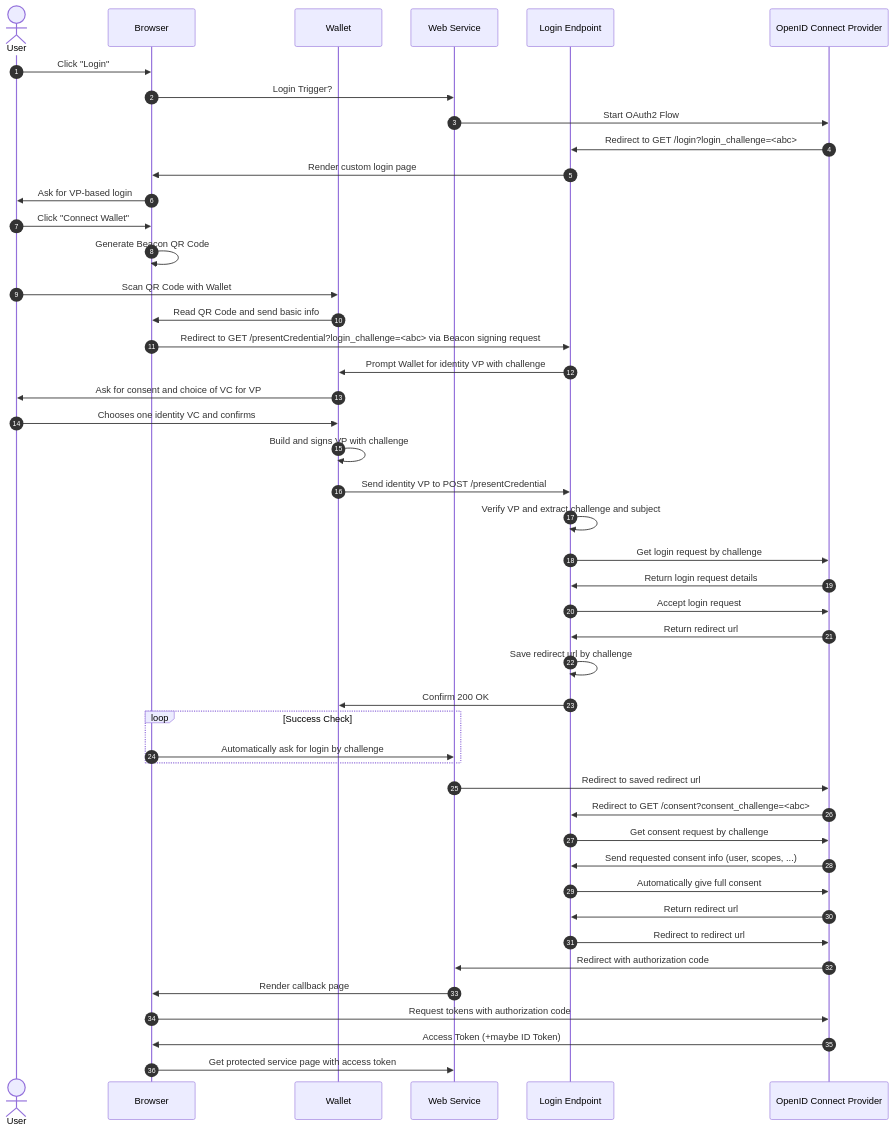
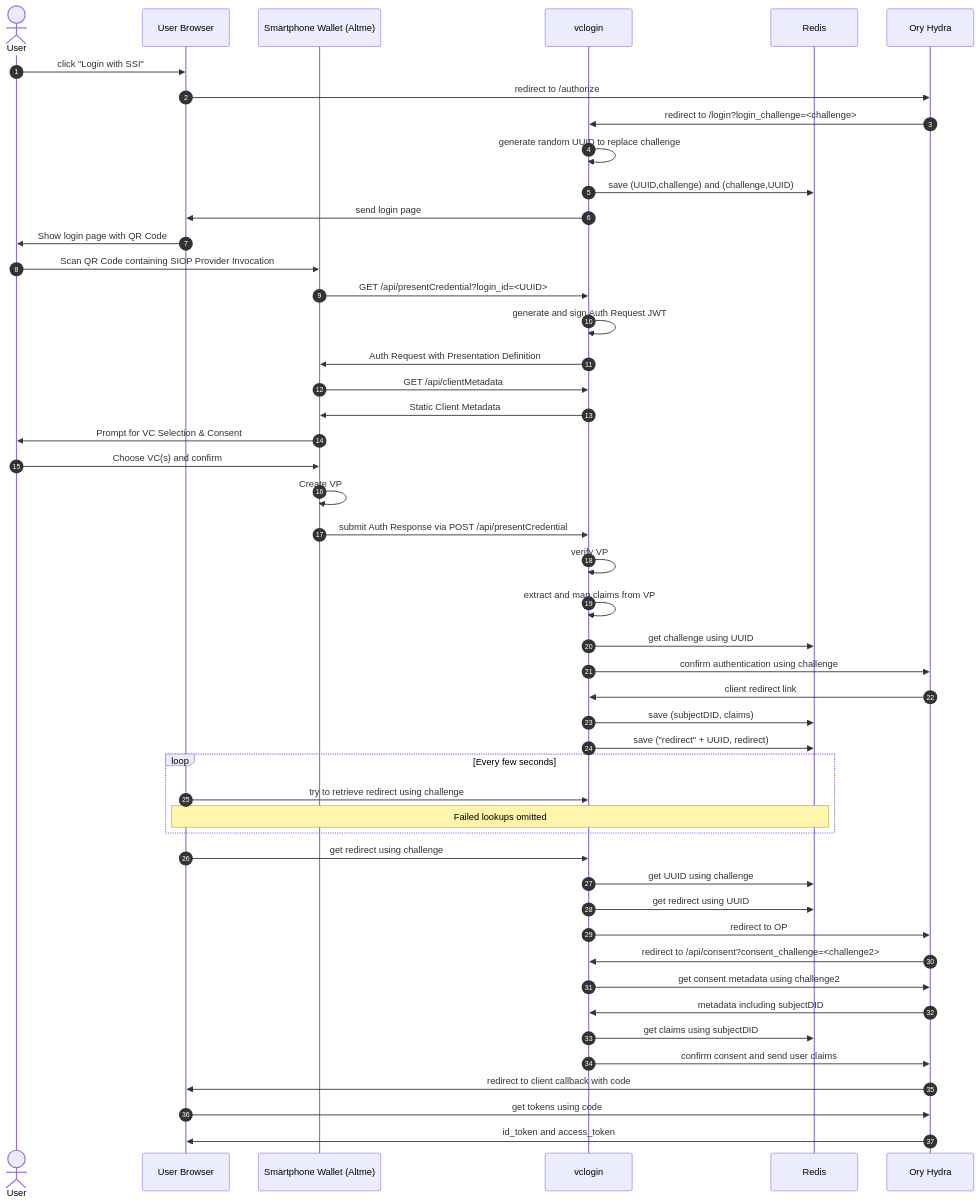
The second of 2 diagrams in README.md (GAIA-X4PLC-AAD/ssi-to-oidc-bridge), drawn with Mermaid before and after one commit. The commit also changed other lines of this file, not shown here.

Commit message:
Updated Flow Diagram

````diff
--- a/README.md
+++ b/README.md
@@ -42,48 +39,50 @@
 ```mermaid
 sequenceDiagram
 	autonumber
 	actor User
-	participant Browser
-	participant Wallet
-	participant Site as Web Service
-	participant Login as Login Endpoint
-	participant OP as OpenID Connect Provider
-	User->>Browser: Click "Login"
-	Browser->>Site: Login Trigger?
-	Site->>OP: Start OAuth2 Flow
-	OP->>Login: Redirect to GET /login?login_challenge=<abc>
-	Login->>Browser: Render custom login page
-	Browser->>User: Ask for VP-based login
-	User->>Browser: Click "Connect Wallet"
-	Browser->>Browser: Generate Beacon QR Code
-	User->>Wallet: Scan QR Code with Wallet
-	Wallet->>Browser: Read QR Code and send basic info
-	Browser->>Login: Redirect to GET /presentCredential?login_challenge=<abc> via Beacon signing request
-	Login->>Wallet: Prompt Wallet for identity VP with challenge
-	Wallet->>User: Ask for consent and choice of VC for VP
-	User->>Wallet: Chooses one identity VC and confirms
-	Wallet->>Wallet: Build and signs VP with challenge
-	Wallet->>Login: Send identity VP to POST /presentCredential
-	Login->>Login: Verify VP and extract challenge and subject
-	Login->>OP: Get login request by challenge
-	OP->>Login: Return login request details
-	Login->>OP: Accept login request
-	OP->>Login: Return redirect url
-	Login->>Login: Save redirect url by challenge
-	Login->>Wallet: Confirm 200 OK
-	loop Success Check
-		Browser->>Site: Automatically ask for login by challenge
+	participant Client as User Browser
+	participant Wallet as Smartphone Wallet (Altme)
+	participant VPLS as vclogin
+	participant Redis
+	participant OP as Ory Hydra
+	User->>Client: click "Login with SSI"
+	Client->>OP: redirect to /authorize
+	OP->>VPLS: redirect to /login?login_challenge=<challenge>
+	VPLS->>VPLS: generate random UUID to replace challenge
+	VPLS->>Redis: save (UUID,challenge) and (challenge,UUID)
+	VPLS->>Client: send login page
+	Client->>User: Show login page with QR Code
+	User->>Wallet: Scan QR Code containing SIOP Provider Invocation
+	Wallet->>VPLS: GET /api/presentCredential?login_id=<UUID>
+	VPLS->>VPLS: generate and sign Auth Request JWT
+	VPLS->>Wallet: Auth Request with Presentation Definition
+	Wallet->>VPLS: GET /api/clientMetadata
+	VPLS->>Wallet: Static Client Metadata
+	Wallet->>User: Prompt for VC Selection & Consent
+	User->>Wallet: Choose VC(s) and confirm
+	Wallet->>Wallet: Create VP
+	Wallet->>VPLS: submit Auth Response via POST /api/presentCredential
+	VPLS->>VPLS: verify VP
+	VPLS->>VPLS: extract and map claims from VP
+	VPLS->>Redis: get challenge using UUID
+	VPLS->>OP: confirm authentication using challenge
+	OP->>VPLS: client redirect link
+	VPLS->>Redis: save (subjectDID, claims)
+	VPLS->>Redis: save ("redirect" + UUID, redirect)
+	loop Every few seconds
+		Client->>VPLS: try to retrieve redirect using challenge
+		Note over Client,Redis: Failed lookups omitted
 	end
-	Site->>OP: Redirect to saved redirect url
-	OP->>Login: Redirect to GET /consent?consent_challenge=<abc>
-	Login->>OP: Get consent request by challenge
-	OP->>Login: Send requested consent info (user, scopes, ...)
-	Login->>OP: Automatically give full consent
-	OP->>Login: Return redirect url
-	Login->>OP: Redirect to redirect url
-	OP->>Site: Redirect with authorization code
-	Site->>Browser: Render callback page
-	Browser->>OP: Request tokens with authorization code
-	OP->>Browser: Access Token (+maybe ID Token)
-	Browser->>Site: Get protected service page with access token
+	Client->>VPLS: get redirect using challenge
+	VPLS->>Redis: get UUID using challenge
+	VPLS->>Redis: get redirect using UUID
+	VPLS->>OP: redirect to OP
+	OP->>VPLS: redirect to /api/consent?consent_challenge=<challenge2>
+	VPLS->>OP: get consent metadata using challenge2
+	OP->>VPLS: metadata including subjectDID
+	VPLS->>Redis: get claims using subjectDID
+	VPLS->>OP: confirm consent and send user claims
+	OP->>Client: redirect to client callback with code
+	Client->>OP: get tokens using code
+	OP->>Client: id_token and access_token
 ```
````
